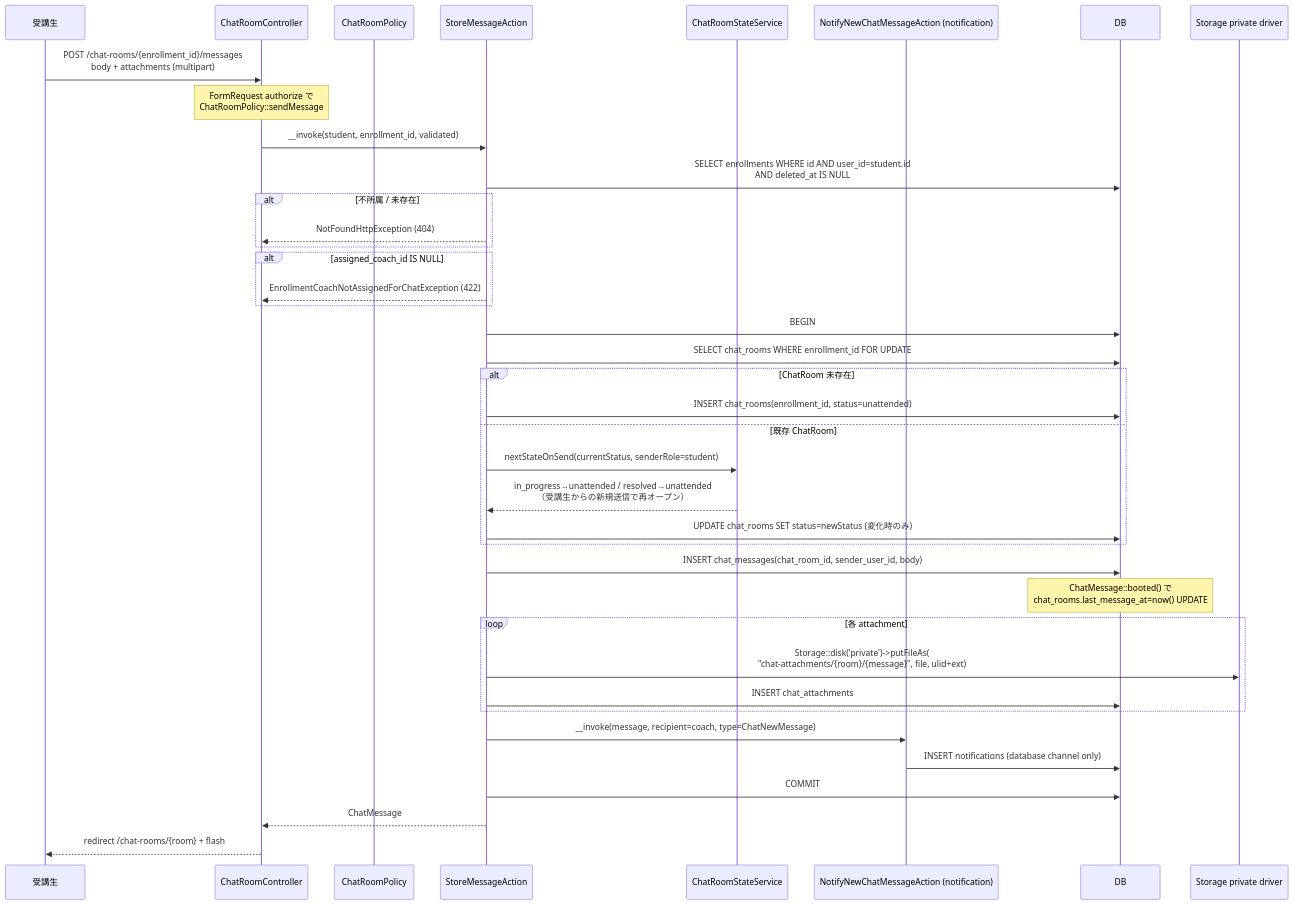
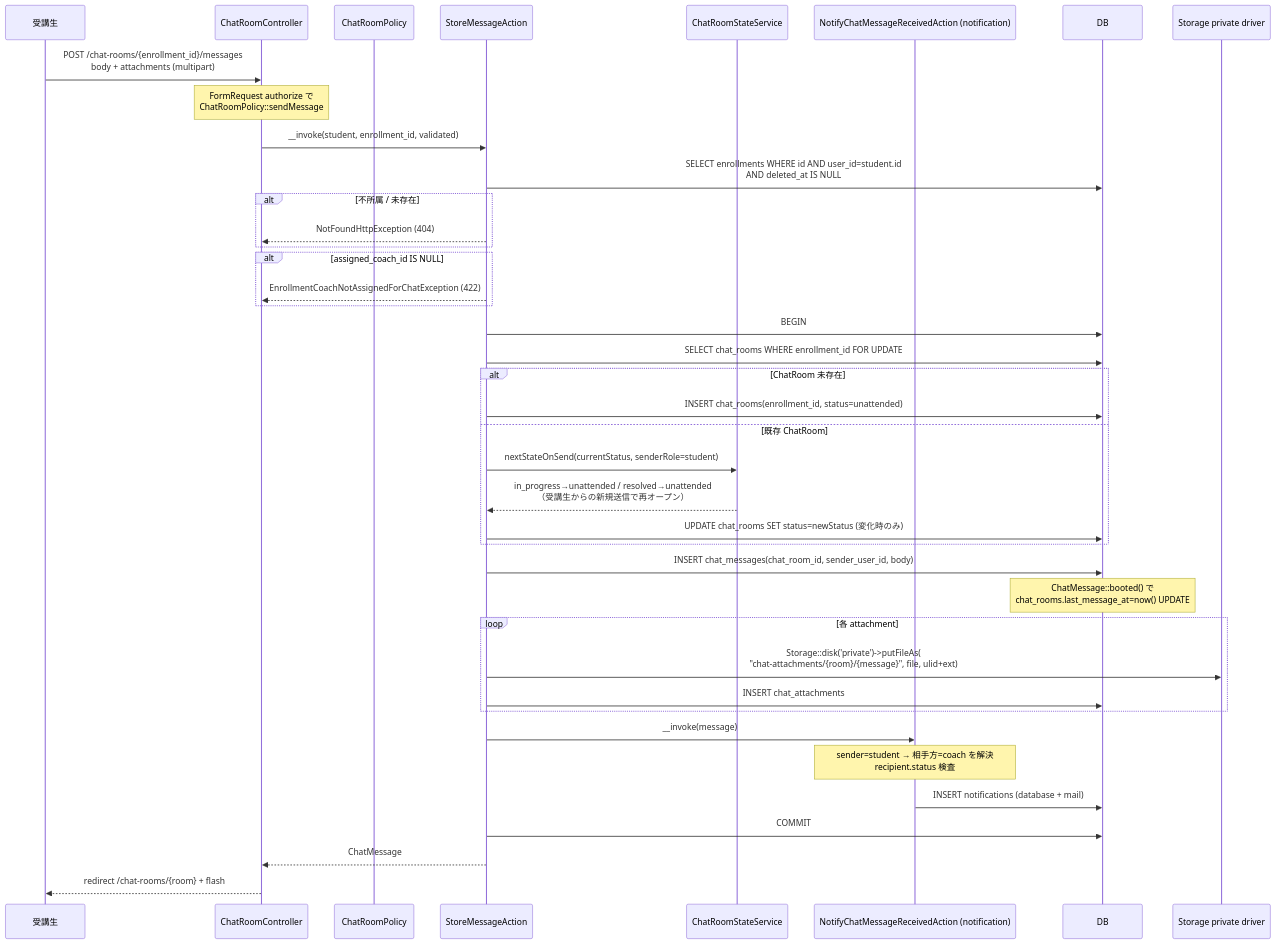
The first of 7 diagrams in docs/specs/chat/design.md (coachtech-mockcase-second/ExampleAnswer-mockcase-CertifyLMS), drawn with Mermaid before and after one commit. The commit also changed other lines of this file and 17 other files, not shown here.

````diff
--- a/docs/specs/chat/design.md
+++ b/docs/specs/chat/design.md
@@ -11,42 +11,43 @@
 ```mermaid
 sequenceDiagram
     participant Student as 受講生
     participant CRC as ChatRoomController
     participant Pol as ChatRoomPolicy
     participant SMA as StoreMessageAction
     participant CRS as ChatRoomStateService
-    participant Notif as NotifyNewChatMessageAction (notification)
+    participant Notif as NotifyChatMessageReceivedAction (notification)
     participant DB as DB
     participant FS as Storage private driver
 
     Student->>CRC: POST /chat-rooms/{enrollment_id}/messages<br/>body + attachments (multipart)
     Note over CRC: FormRequest authorize で<br/>ChatRoomPolicy::sendMessage
     CRC->>SMA: __invoke(student, enrollment_id, validated)
     SMA->>DB: SELECT enrollments WHERE id AND user_id=student.id<br/>AND deleted_at IS NULL
     alt 不所属 / 未存在
         SMA-->>CRC: NotFoundHttpException (404)
     end
     alt assigned_coach_id IS NULL
         SMA-->>CRC: EnrollmentCoachNotAssignedForChatException (422)
     end
     SMA->>DB: BEGIN
     SMA->>DB: SELECT chat_rooms WHERE enrollment_id FOR UPDATE
     alt ChatRoom 未存在
         SMA->>DB: INSERT chat_rooms(enrollment_id, status=unattended)
     else 既存 ChatRoom
         SMA->>CRS: nextStateOnSend(currentStatus, senderRole=student)
         CRS-->>SMA: in_progress→unattended / resolved→unattended<br/>（受講生からの新規送信で再オープン）
         SMA->>DB: UPDATE chat_rooms SET status=newStatus (変化時のみ)
     end
     SMA->>DB: INSERT chat_messages(chat_room_id, sender_user_id, body)
     Note over DB: ChatMessage::booted() で<br/>chat_rooms.last_message_at=now() UPDATE
     loop 各 attachment
         SMA->>FS: Storage::disk('private')->putFileAs(<br/>"chat-attachments/{room}/{message}", file, ulid+ext)
         SMA->>DB: INSERT chat_attachments
     end
-    SMA->>Notif: __invoke(message, recipient=coach, type=ChatNewMessage)
-    Notif->>DB: INSERT notifications (database channel only)
+    SMA->>Notif: __invoke(message)
+    Note over Notif: sender=student → 相手方=coach を解決<br/>recipient.status 検査
+    Notif->>DB: INSERT notifications (database + mail)
     SMA->>DB: COMMIT
     SMA-->>CRC: ChatMessage
     CRC-->>Student: redirect /chat-rooms/{room} + flash
 ```
````
